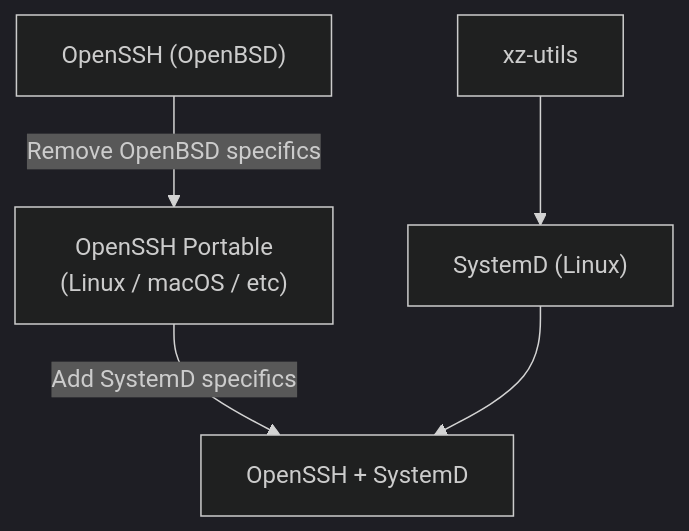
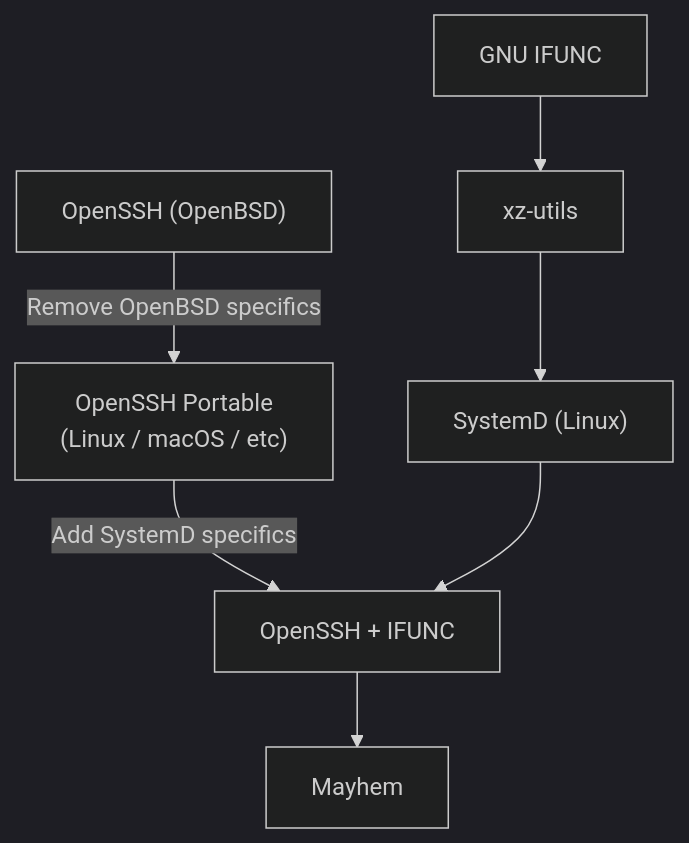
The first of 2 diagrams in README.md (robertdfrench/ifuncd-up), drawn with Mermaid (dark theme) before and after one commit. The commit also changed other lines of this file, not shown here.

````diff
--- a/README.md
+++ b/README.md
@@ -17,12 +18,15 @@
 ```mermaid
 flowchart TD
+    G["GNU IFUNC"]
     A["OpenSSH (OpenBSD)"]
     B["OpenSSH Portable<br/>(Linux / macOS / etc)"]
-    C[OpenSSH + SystemD]
+    C[OpenSSH + IFUNC]
     D[xz-utils]
     E["SystemD (Linux)"]
     A -->|Remove OpenBSD specifics| B
     B -->|Add SystemD specifics| C
     D --> E
     E --> C
+    C --> F["Mayhem"]
+    G --> D
 ```
````
